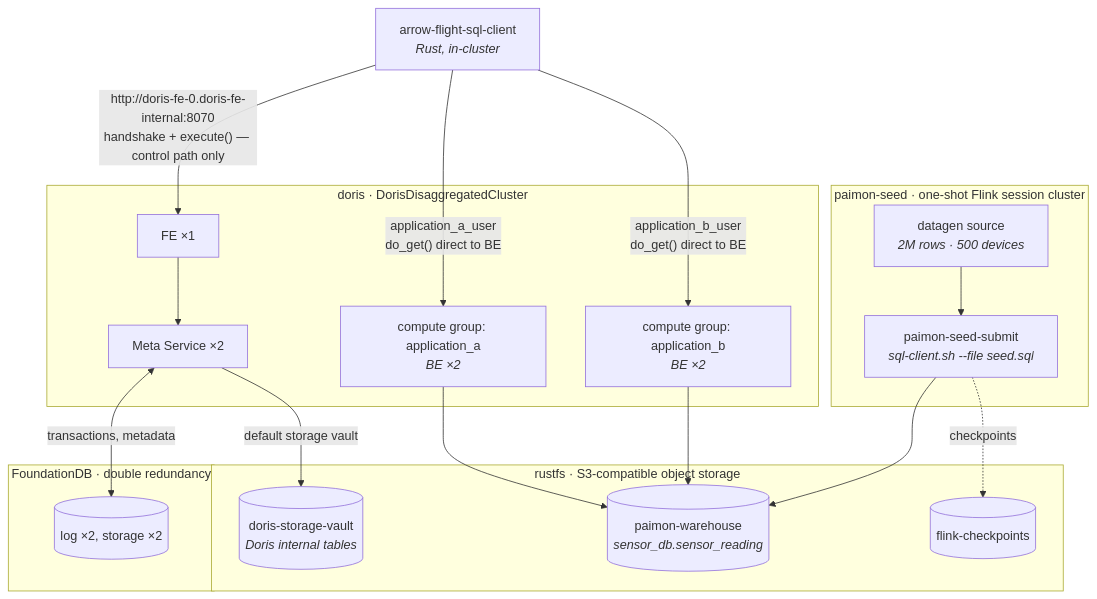
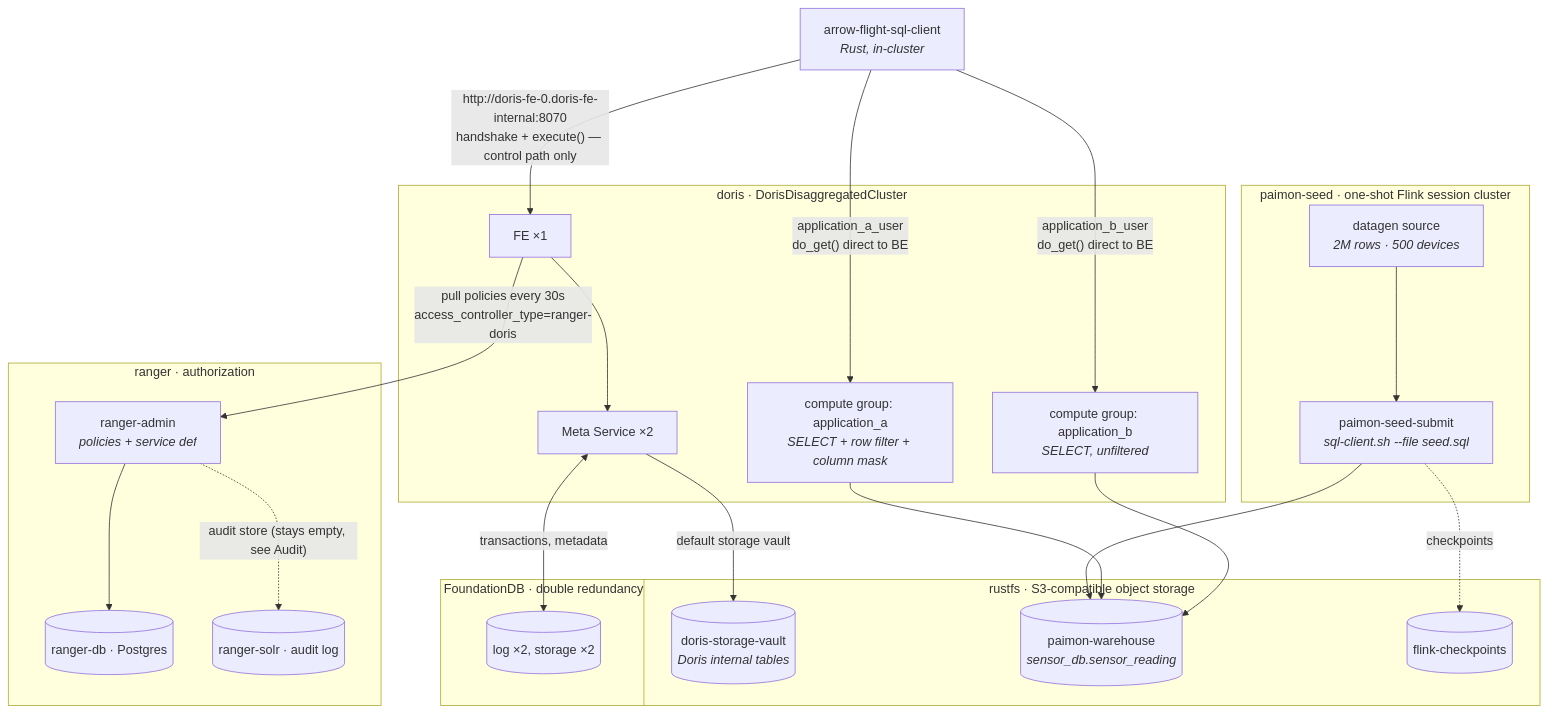
One commit to hongbo-miao/hongbomiao.com changed the diagram in data-storage/doris/storage-compute-decoupled/README.md. Above: the diagram before and after it, drawn with Mermaid. The commit also changed other lines of this file and 35 other files, not shown here.

Commit message:
feat(storage-compute-decoupled): add apache ranger (#44114)

````diff
--- a/data-storage/doris/storage-compute-decoupled/README.md
+++ b/data-storage/doris/storage-compute-decoupled/README.md
@@ -3,38 +3,47 @@
 ```mermaid
 flowchart TD
     subgraph rustfs["rustfs · S3-compatible object storage"]
         vault[("doris-storage-vault<br/><i>Doris internal tables</i>")]
         paimonWarehouse[("paimon-warehouse<br/><i>sensor_db.sensor_reading</i>")]
         flinkCheckpoints[("flink-checkpoints")]
     end
 
     subgraph seed["paimon-seed · one-shot Flink session cluster"]
         datagen["datagen source<br/><i>2M rows · 500 devices</i>"]
         seedJob["paimon-seed-submit<br/><i>sql-client.sh --file seed.sql</i>"]
         datagen --> seedJob
     end
 
     subgraph fdb["FoundationDB · double redundancy"]
         fdbCluster[("log ×2, storage ×2")]
     end
 
+    subgraph ranger["ranger · authorization"]
+        rangerAdmin["ranger-admin<br/><i>policies + service def</i>"]
+        rangerDb[("ranger-db · Postgres")]
+        rangerSolr[("ranger-solr · audit log")]
+        rangerAdmin --> rangerDb
+        rangerAdmin -.->|"audit store (stays empty, see Audit)"| rangerSolr
+    end
+
     subgraph doris["doris · DorisDisaggregatedCluster"]
         ms["Meta Service ×2"]
         fe["FE ×1"]
-        applicationACG["compute group: application_a<br/><i>BE ×2</i>"]
-        applicationBCG["compute group: application_b<br/><i>BE ×2</i>"]
+        applicationACG["compute group: application_a<br/><i>SELECT + row filter + column mask</i>"]
+        applicationBCG["compute group: application_b<br/><i>SELECT, unfiltered</i>"]
         ms <-->|transactions, metadata| fdbCluster
         fe --> ms
     end
 
     client["arrow-flight-sql-client<br/><i>Rust, in-cluster</i>"]
 
     seedJob --> paimonWarehouse
     seedJob -.->|checkpoints| flinkCheckpoints
     ms -->|default storage vault| vault
+    fe -->|"pull policies every 30s<br/>access_controller_type=ranger-doris"| rangerAdmin
     client -->|"http://doris-fe-0.doris-fe-internal:8070<br/>handshake + execute() — control path only"| fe
     client -->|"application_a_user<br/>do_get() direct to BE"| applicationACG
     client -->|"application_b_user<br/>do_get() direct to BE"| applicationBCG
     applicationACG --> paimonWarehouse
     applicationBCG --> paimonWarehouse
 ```
````
